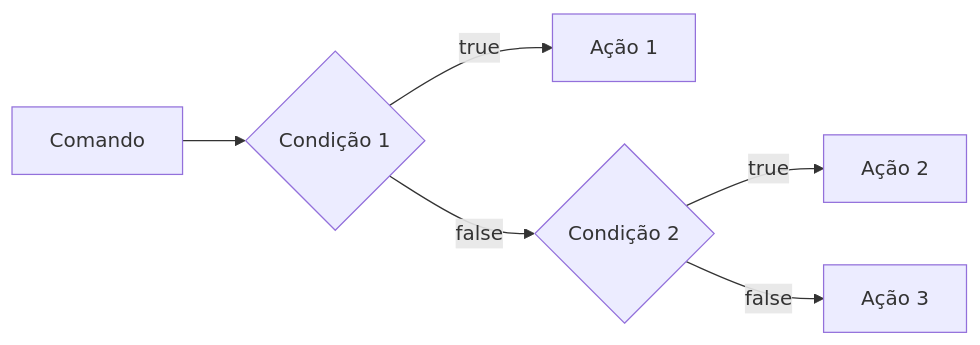
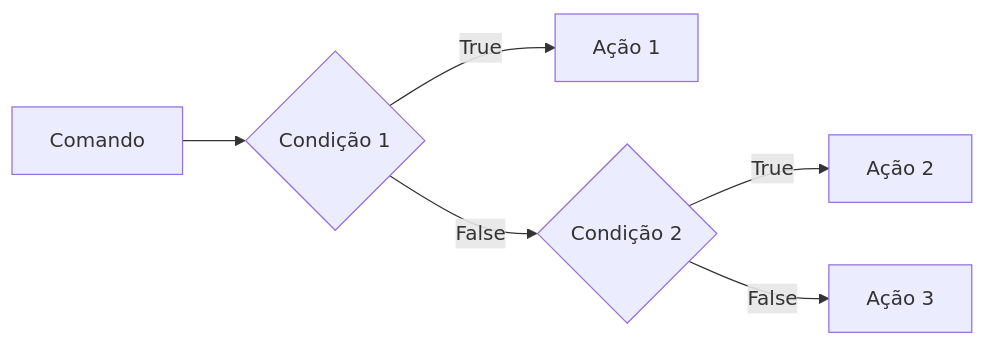
Before and after one commit to ArrudaGabrielpht/BackEnd2026: the fourth of 8 diagrams in README.md, drawn with Mermaid. The commit also changed other lines of this file, not shown here.

````diff
--- a/README.md
+++ b/README.md
@@ -262,11 +267,11 @@
 ```mermaid
 
 graph LR
 
     A[Comando] --> B{Condição 1}
-    B --> |true| C[Ação 1]
-    B --> |false| D{Condição 2}
-    D --> |true| E[Ação 2]
-    D --> |false| F[Ação 3]
+    B --> |True| C[Ação 1]
+    B --> |False| D{Condição 2}
+    D --> |True| E[Ação 2]
+    D --> |False| F[Ação 3]
 
 ```
````
